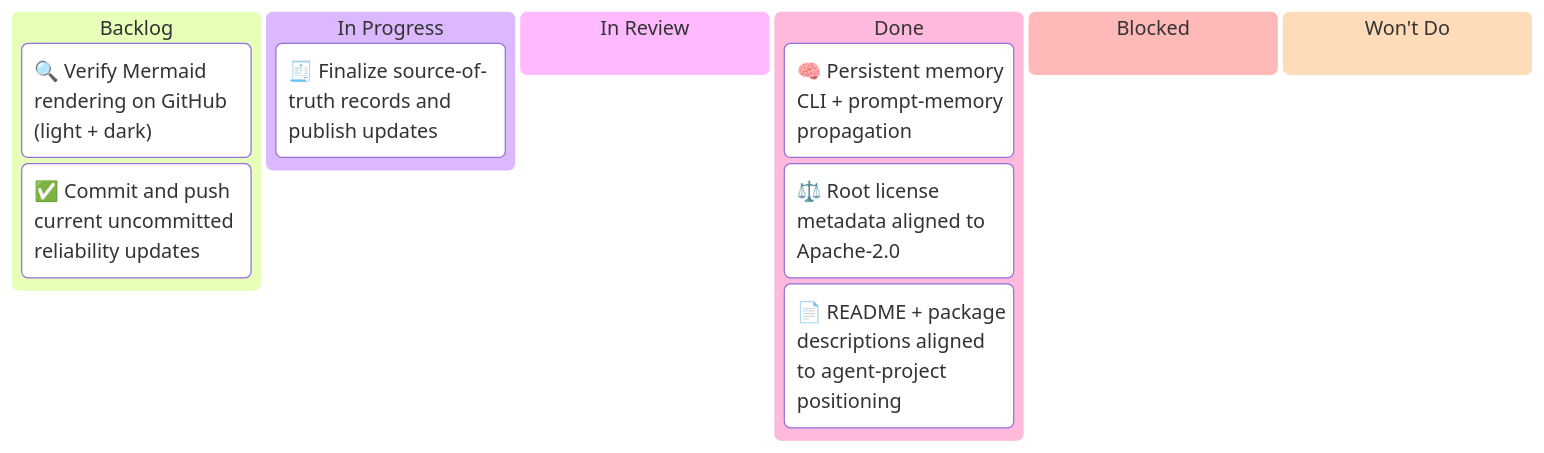
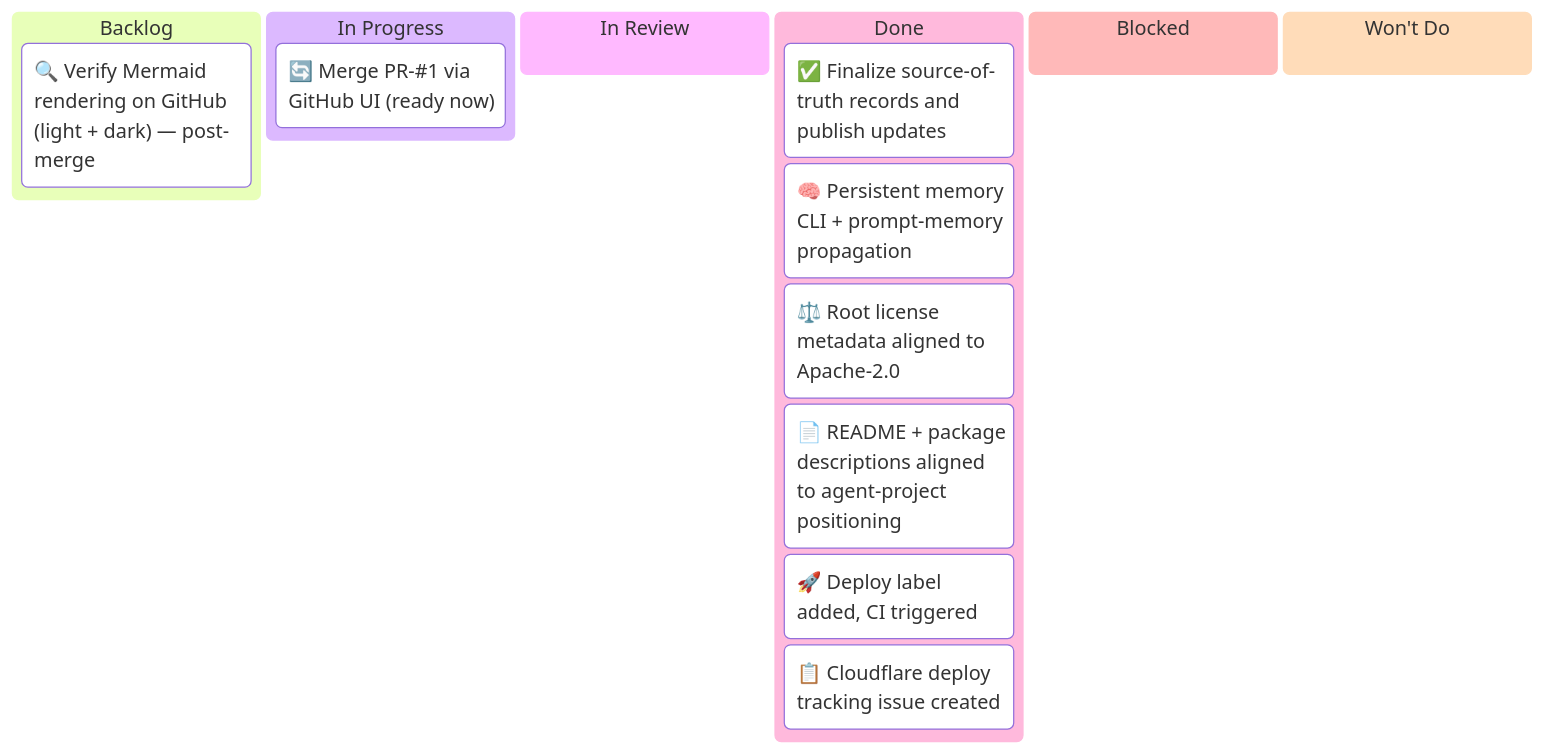
The first of 3 diagrams in docs/project/kanban/sprint-2026-w08-crewai-review-hardening-and-memory.md (blazintrailssarah/agent-project), drawn with Mermaid before and after one commit. The commit also changed other lines of this file and 4 other files, not shown here.

First line of the commit message:
docs(project): update source-of-truth records for PR-#1 merge readiness

````diff
--- a/docs/project/kanban/sprint-2026-w08-crewai-review-hardening-and-memory.md
+++ b/docs/project/kanban/sprint-2026-w08-crewai-review-hardening-and-memory.md
@@ -18,15 +20,17 @@
 ```mermaid
 kanban
 Backlog
-  task1["🔍 Verify Mermaid rendering on GitHub (light + dark)"]
-  task2[✅ Commit and push current uncommitted reliability updates]
+  task1["🔍 Verify Mermaid rendering on GitHub (light + dark) — post-merge"]
 In Progress
-  task3[🧾 Finalize source-of-truth records and publish updates]
+  task2["🔄 Merge PR-#1 via GitHub UI (ready now)"]
 In Review
 Done
+  task3[✅ Finalize source-of-truth records and publish updates]
   task4[🧠 Persistent memory CLI + prompt-memory propagation]
   task5[⚖️ Root license metadata aligned to Apache-2.0]
   task6[📄 README + package descriptions aligned to agent-project positioning]
+  task7[🚀 Deploy label added, CI triggered]
+  task8[📋 Cloudflare deploy tracking issue created]
 Blocked
 Won't Do
 ```
````
